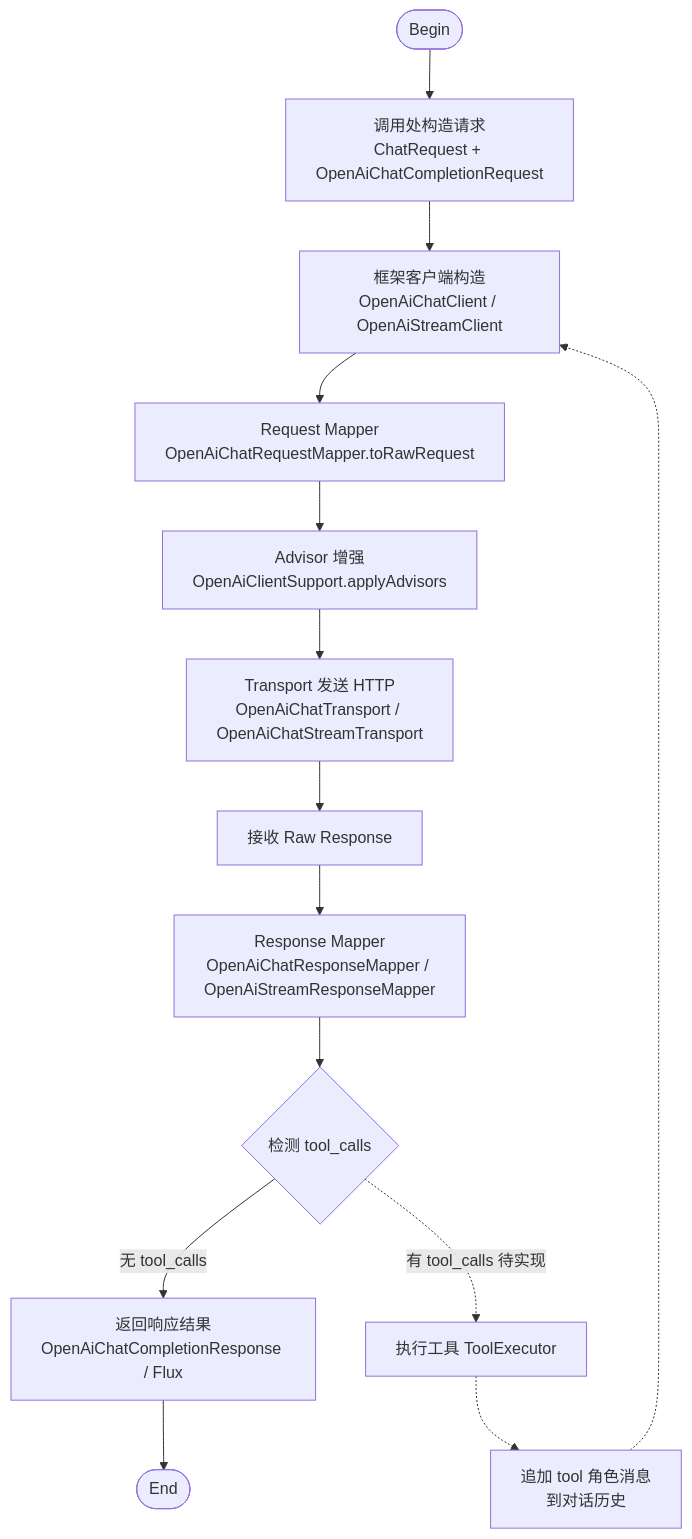
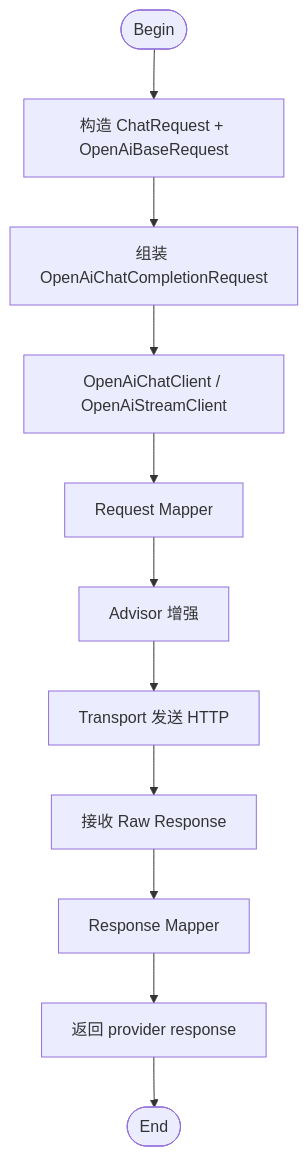
One commit to Halcyonsong/liteagent-template changed the first of 4 diagrams in docs/openai-compatible-chat.md. Above: the diagram before and after it, drawn with Mermaid. The commit also changed other lines of this file and 86 other files, not shown here.

````diff
--- a/docs/openai-compatible-chat.md
+++ b/docs/openai-compatible-chat.md
@@ -7,16 +7,13 @@
 ```mermaid
 flowchart TD
-    Begin([Begin]) --> A1[调用处构造请求<br/>ChatRequest + OpenAiChatCompletionRequest]
-    A1 --> A2[框架客户端构造<br/>OpenAiChatClient / OpenAiStreamClient]
-    A2 --> A3[Request Mapper<br/>OpenAiChatRequestMapper.toRawRequest]
-    A3 --> A4[Advisor 增强<br/>OpenAiClientSupport.applyAdvisors]
-    A4 --> A5[Transport 发送 HTTP<br/>OpenAiChatTransport / OpenAiChatStreamTransport]
-    A5 --> A6[接收 Raw Response]
-    A6 --> A7[Response Mapper<br/>OpenAiChatResponseMapper / OpenAiStreamResponseMapper]
-    A7 --> A8{检测 tool_calls}
-    A8 -->|无 tool_calls| A9[返回响应结果<br/>OpenAiChatCompletionResponse / Flux]
+    Begin([Begin]) --> A1[构造 ChatRequest + OpenAiBaseRequest]
+    A1 --> A2[组装 OpenAiChatCompletionRequest]
+    A2 --> A3[OpenAiChatClient / OpenAiStreamClient]
+    A3 --> A4[Request Mapper]
+    A4 --> A5[Advisor 增强]
+    A5 --> A6[Transport 发送 HTTP]
+    A6 --> A7[接收 Raw Response]
+    A7 --> A8[Response Mapper]
+    A8 --> A9[返回 provider response]
     A9 --> End([End])
-    A8 -.->|有 tool_calls 待实现| B1[执行工具 ToolExecutor]
-    B1 -.-> B2[追加 tool 角色消息<br/>到对话历史]
-    B2 -.-> A2
 ```
````
